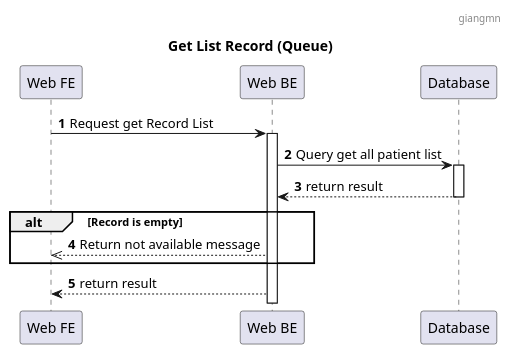
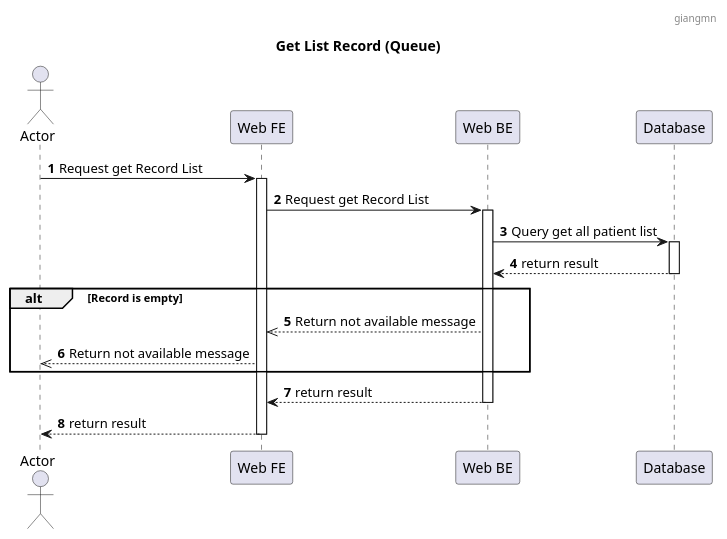
The diagram in Record/Get List Record By Doctor.puml (jang1902/SEP490_Sequence), drawn with PlantUML before and after one commit. The commit also changed 12 other files, not shown here.

```diff
--- a/Record/Get List Record By Doctor.puml
+++ b/Record/Get List Record By Doctor.puml
@@ -1,20 +1,27 @@
 @startuml
 header : giangmn
 title: Get List Record (Queue)
 autonumber
 
+actor "Actor" as a
 participant "Web FE" as fe
 participant "Web BE" as be
 participant "Database" as db
 
+a-> fe: Request get Record List
+fe++
 fe -> be: Request get Record List
 be++
 be -> db: Query get all patient list
 db++
 db --> be: return result
 db--
 alt Record is empty
 be -->> fe: Return not available message
+fe-->> a: Return not available message
 end
 be --> fe: return result
+be--
+fe --> a: return result
+fe--
 @enduml
```
